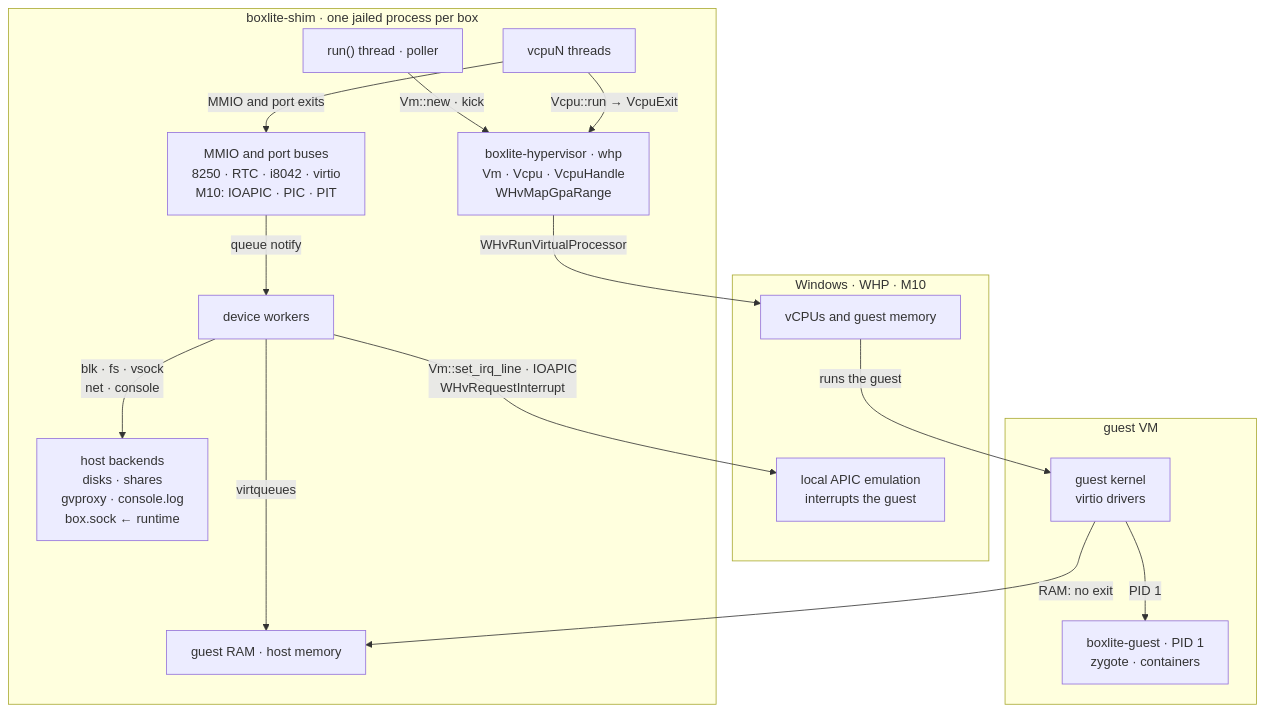
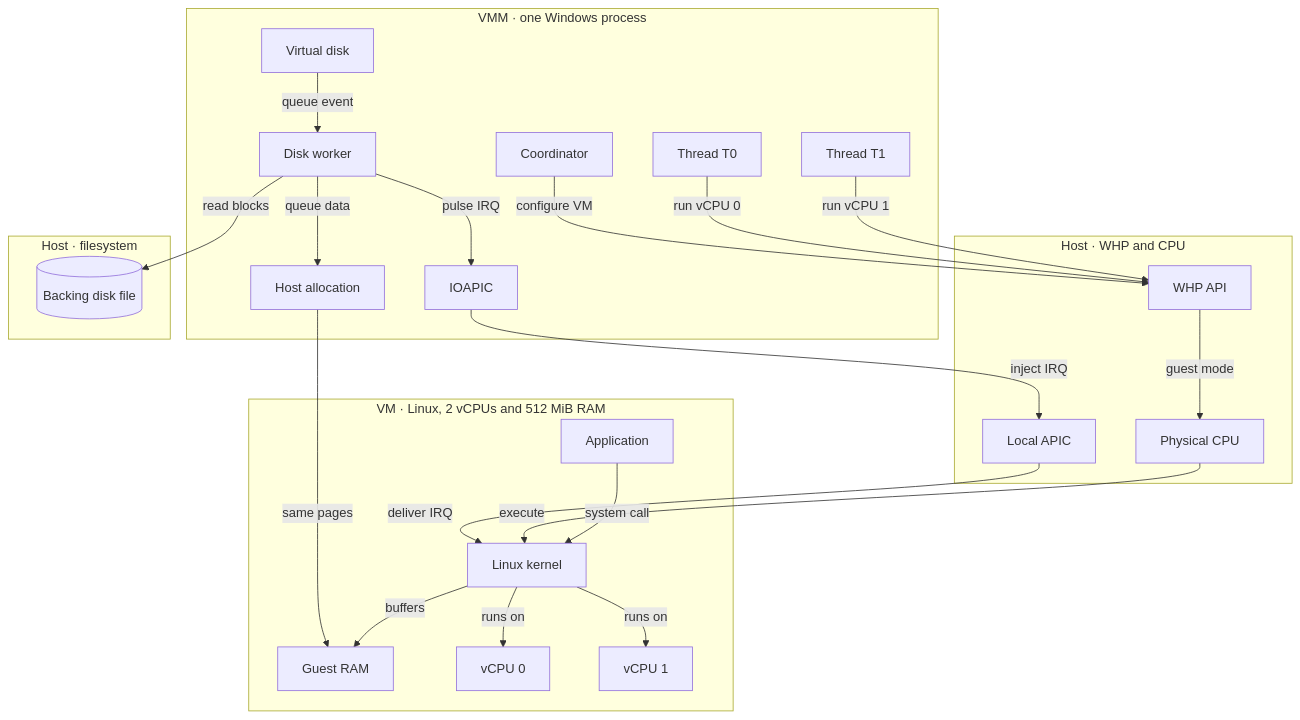
Before and after one commit to boxlite-ai/boxlite: the first of 12 diagrams in docs/architecture/vmm/whp.md, drawn with Mermaid. The commit also changed other lines of this file and 3 other files, not shown here.

````diff
--- a/docs/architecture/vmm/whp.md
+++ b/docs/architecture/vmm/whp.md
@@ -7,31 +10,43 @@
 ```mermaid
 flowchart TB
-  subgraph shim["boxlite-shim · one jailed process per box"]
-    run_thread["run() thread · poller"]
-    vcpu_threads["vcpuN threads"]
-    backend["boxlite-hypervisor · whp<br/>Vm · Vcpu · VcpuHandle<br/>WHvMapGpaRange"]
-    devices["MMIO and port buses<br/>8250 · RTC · i8042 · virtio<br/>M10: IOAPIC · PIC · PIT"]
-    workers["device workers"]
-    guest_ram["guest RAM · host memory"]
-    backends["host backends<br/>disks · shares<br/>gvproxy · console.log<br/>box.sock ← runtime"]
+  subgraph vmm["VMM · one Windows process"]
+    disk["Virtual disk"]
+    worker["Disk worker"]
+    backing["Host allocation"]
+    ioapic["IOAPIC"]
+    coordinator["Coordinator"]
+    thread0["Thread T0"]
+    thread1["Thread T1"]
   end
-  subgraph host_hv["Windows · WHP · M10"]
-    hv["vCPUs and guest memory"]
-    irqchip["local APIC emulation<br/>interrupts the guest"]
+  subgraph host["Host · WHP and CPU"]
+    lapic["Local APIC"]
+    host_api["WHP API"]
+    physical_cpu["Physical CPU"]
   end
-  subgraph guest["guest VM"]
-    kernel["guest kernel<br/>virtio drivers"]
-    agent["boxlite-guest · PID 1<br/>zygote · containers"]
+  subgraph storage["Host · filesystem"]
+    disk_file[("Backing disk file")]
   end
-  run_thread c_new@-->|"Vm::new · kick"| backend
-  vcpu_threads c_run@-->|"Vcpu::run → VcpuExit"| backend
-  vcpu_threads c_exits@-->|"MMIO and port exits"| devices
-  backend c_hv@-->|"WHvRunVirtualProcessor"| hv
-  hv c_guest@-->|"runs the guest"| kernel
-  devices c_notify@-->|"queue notify"| workers
-  kernel c_ram@-->|"RAM: no exit"| guest_ram
-  kernel c_pid1@-->|"PID 1"| agent
-  workers c_queues@-->|"virtqueues"| guest_ram
-  workers c_backends@-->|"blk · fs · vsock<br/>net · console"| backends
-  workers c_irq@-->|"Vm::set_irq_line · IOAPIC<br/>WHvRequestInterrupt"| irqchip
+  subgraph guest["VM · Linux, 2 vCPUs and 512 MiB RAM"]
+    guest_ram["Guest RAM"]
+    program["Application"]
+    kernel["Linux kernel"]
+    vcpu0["vCPU 0"]
+    vcpu1["vCPU 1"]
+  end
+  disk whp_2_e1@-->|"queue event"| worker
+  worker whp_2_e2@-->|"read blocks"| disk_file
+  worker whp_2_e3@-->|"queue data"| backing
+  backing whp_2_e4@-->|"same pages"| guest_ram
+  kernel whp_2_e5@-->|"buffers"| guest_ram
+  worker whp_2_e6@-->|"pulse IRQ"| ioapic
+  ioapic whp_2_e7@-->|"inject IRQ"| lapic
+  lapic whp_2_e8@-->|"deliver IRQ"| kernel
+  coordinator whp_1_e1@-->|"configure VM"| host_api
+  thread0 whp_1_e2@-->|"run vCPU 0"| host_api
+  thread1 whp_1_e3@-->|"run vCPU 1"| host_api
+  host_api whp_1_e4@-->|"guest mode"| physical_cpu
+  physical_cpu whp_1_e5@-->|"execute"| kernel
+  program whp_1_e6@-->|"system call"| kernel
+  kernel whp_1_e7@-->|"runs on"| vcpu0
+  kernel whp_1_e8@-->|"runs on"| vcpu1
 ```
````
